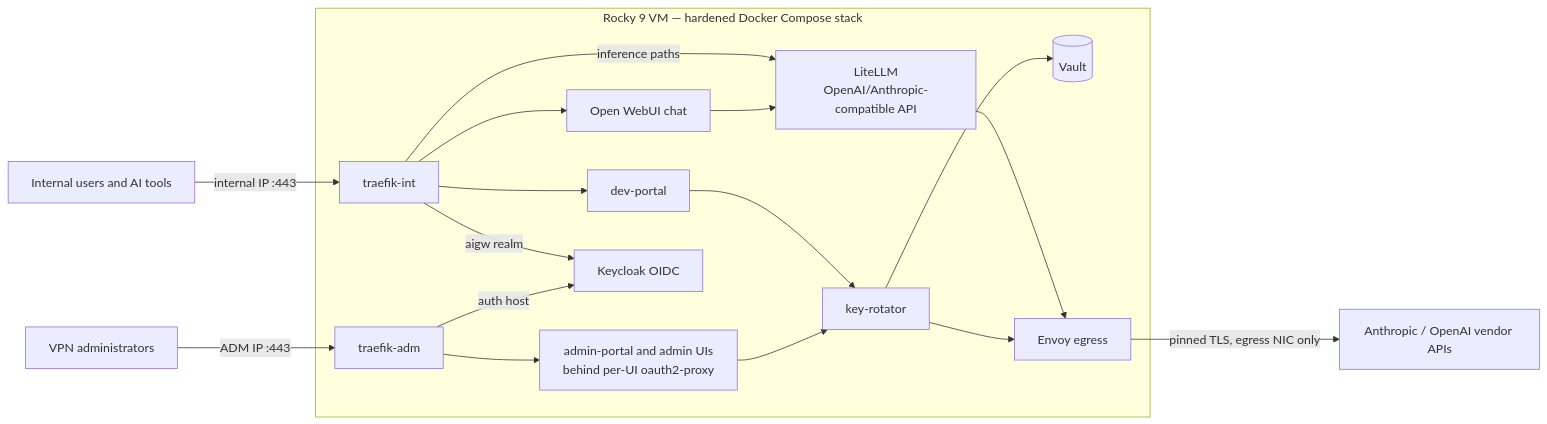
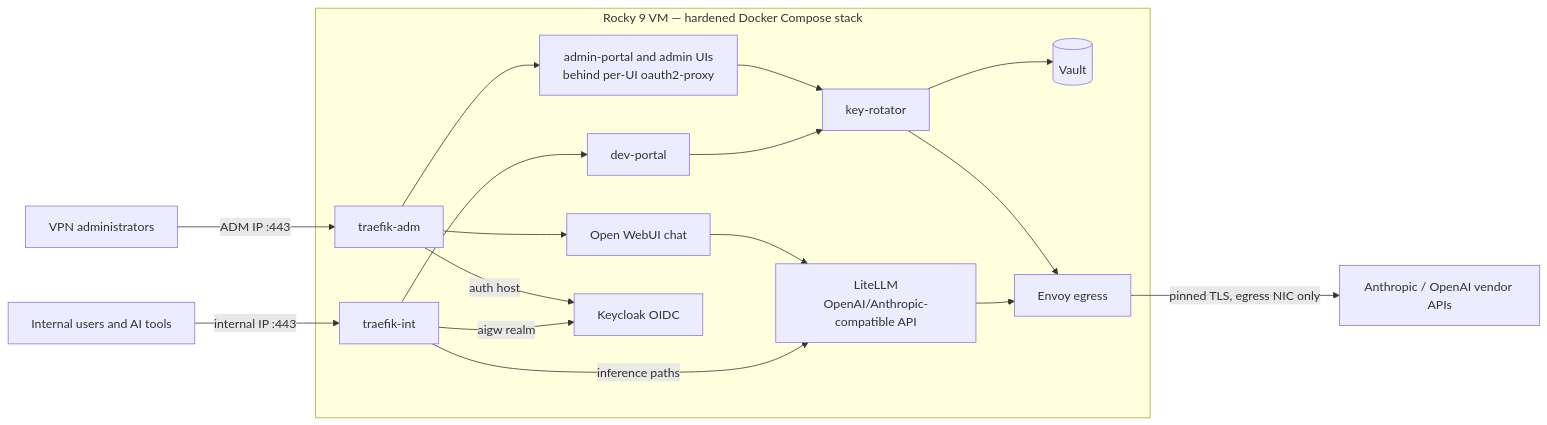
The diagram in README.md (derhornspieler/ai-gateway), drawn with Mermaid before and after one commit. The commit also changed other lines of this file and 5 other files, not shown here.

````diff
--- a/README.md
+++ b/README.md
@@ -24,31 +24,31 @@
 ```mermaid
 flowchart LR
   subgraph host [Rocky 9 VM — hardened Docker Compose stack]
     TI[traefik-int]
     TA[traefik-adm]
     OW[Open WebUI chat]
     DP[dev-portal]
     AP[admin-portal and admin UIs<br/>behind per-UI oauth2-proxy]
     KC[Keycloak OIDC]
     LL[LiteLLM<br/>OpenAI/Anthropic-compatible API]
     KR[key-rotator]
     VT[(Vault)]
     EV[Envoy egress]
   end
 
   USR[Internal users and AI tools] -->|internal IP :443| TI
   ADM[VPN administrators] -->|ADM IP :443| TA
 
-  TI --> OW & DP
+  TI --> DP
   TI -->|aigw realm| KC
   TI -->|inference paths| LL
-  TA --> AP
+  TA --> AP & OW
   TA -->|auth host| KC
   OW --> LL
   DP --> KR
   AP --> KR
   KR --> VT
   LL --> EV
   KR --> EV
   EV -->|pinned TLS, egress NIC only| VEND[Anthropic / OpenAI vendor APIs]
 ```
````
